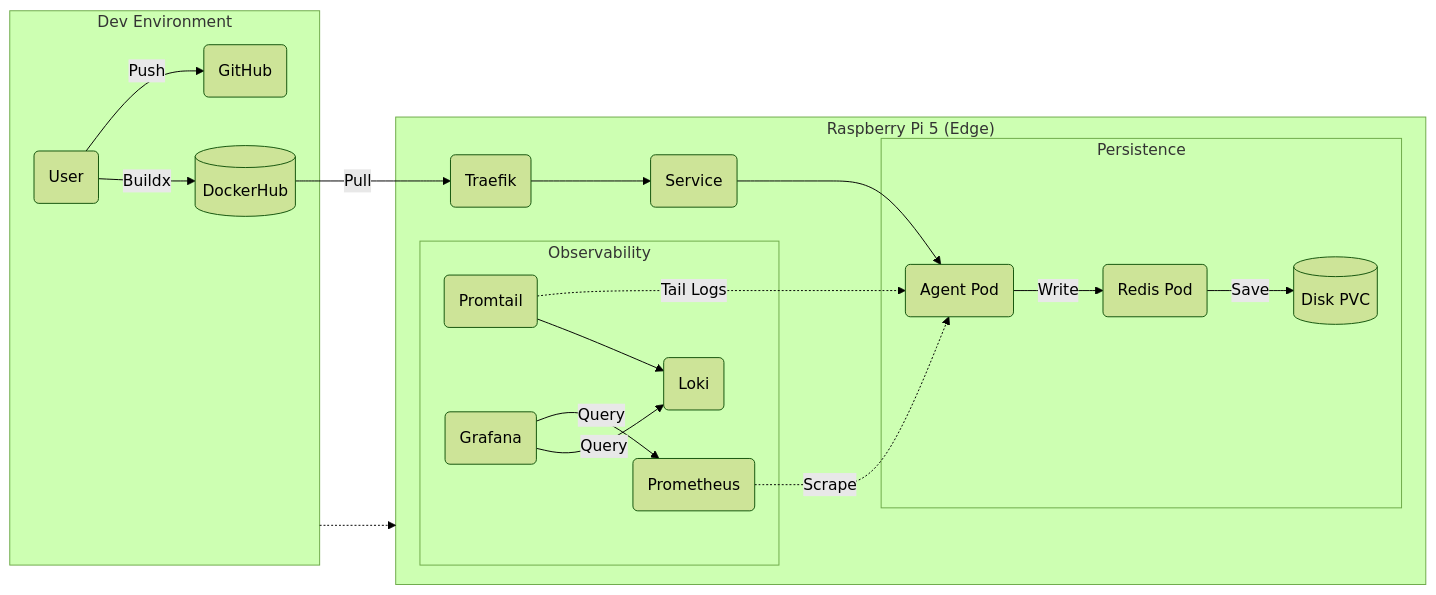
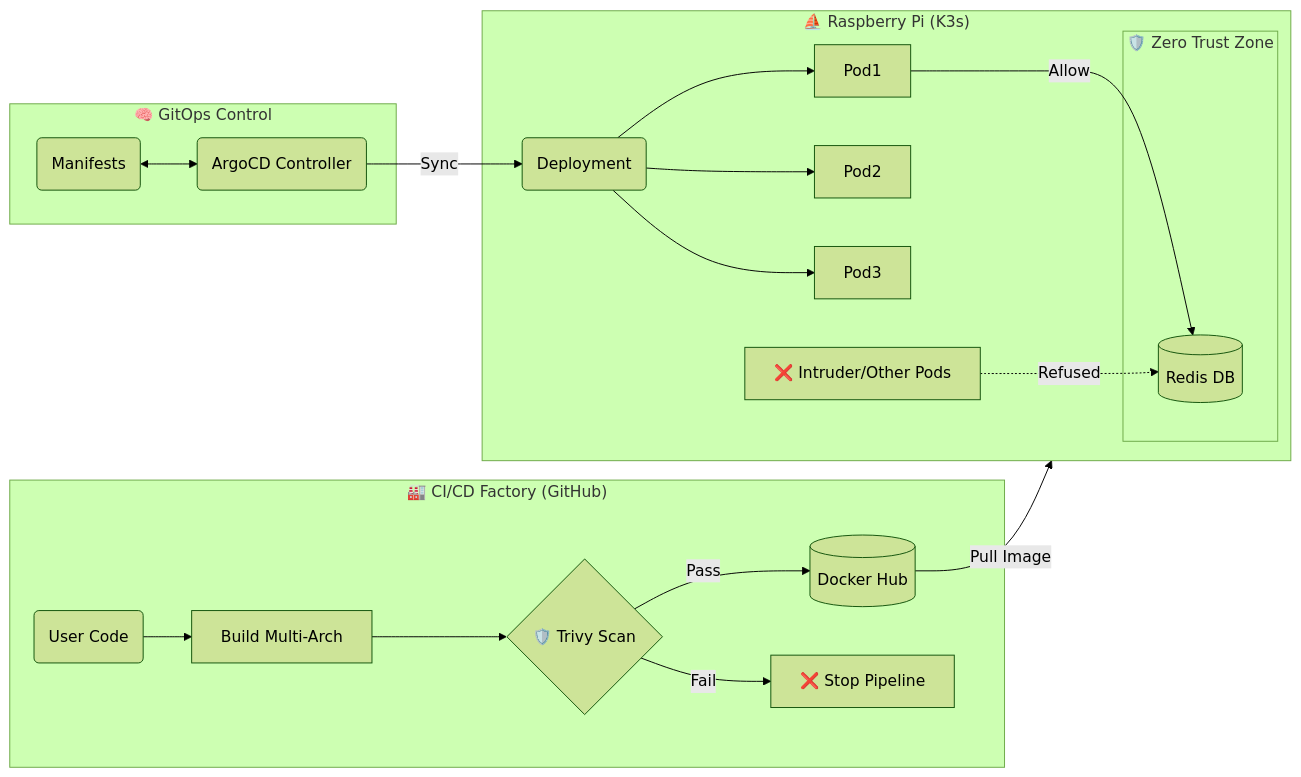
The diagram in README.md (Gael-Troadec/K3s-Pi5-Lab), drawn with Mermaid (forest theme) before and after one commit. The commit also changed other lines of this file, not shown here.

````diff
--- a/README.md
+++ b/README.md
@@ -40,28 +41,27 @@
 ```mermaid
 graph LR
-    subgraph Dev ["Dev Environment"]
-        User(User) -->|Push| Git(GitHub)
-        User -->|Buildx| Hub[(DockerHub)]
+    subgraph Factory ["🏭 CI/CD Factory (GitHub)"]
+        Code(User Code) --> Build[Build Multi-Arch]
+        Build --> Scan{🛡️ Trivy Scan}
+        Scan -->|Pass| Reg[(Docker Hub)]
+        Scan -->|Fail| Block[❌ Stop Pipeline]
+    end
+
+    subgraph Operations ["🧠 GitOps Control"]
+        Git(Manifests) <--> ArgoCD(ArgoCD Controller)
     end
     
-    subgraph Prod ["Raspberry Pi 5 (Edge)"]
-        Hub -->|Pull| Ingress(Traefik)
-        Ingress --> Svc(Service)
-        Svc --> Pod(Agent Pod)
+    subgraph Edge ["⛵ Raspberry Pi (K3s)"]
+        ArgoCD -->|Sync| Deploy(Deployment)
+        Deploy --> Pod1 & Pod2 & Pod3
         
-        subgraph Data ["Persistence"]
-            Pod -->|Write| Redis(Redis Pod)
-            Redis -->|Save| PVC[(Disk PVC)]
+        subgraph SecureZone ["🛡️ Zero Trust Zone"]
+            Redis[(Redis DB)]
         end
-
-        subgraph Obs ["Observability"]
-            Prom(Prometheus) -.->|Scrape| Pod
-            Promtail(Promtail) -.->|Tail Logs| Pod
-            Promtail --> Loki(Loki)
-            Grafana(Grafana) -->|Query| Prom
-            Grafana -->|Query| Loki
-        end
+        
+        Pod1 -->|Allow| Redis
+        Hacker[❌ Intruder/Other Pods] -.->|Refused| Redis
     end
     
-    Dev -.-> Prod
+    Reg -->|Pull Image| Edge
 ```
````
